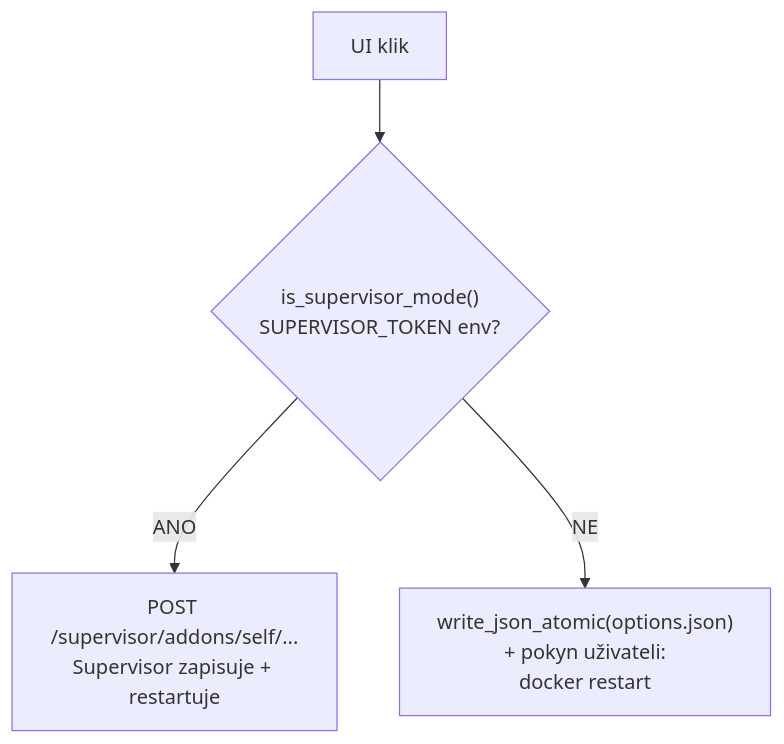
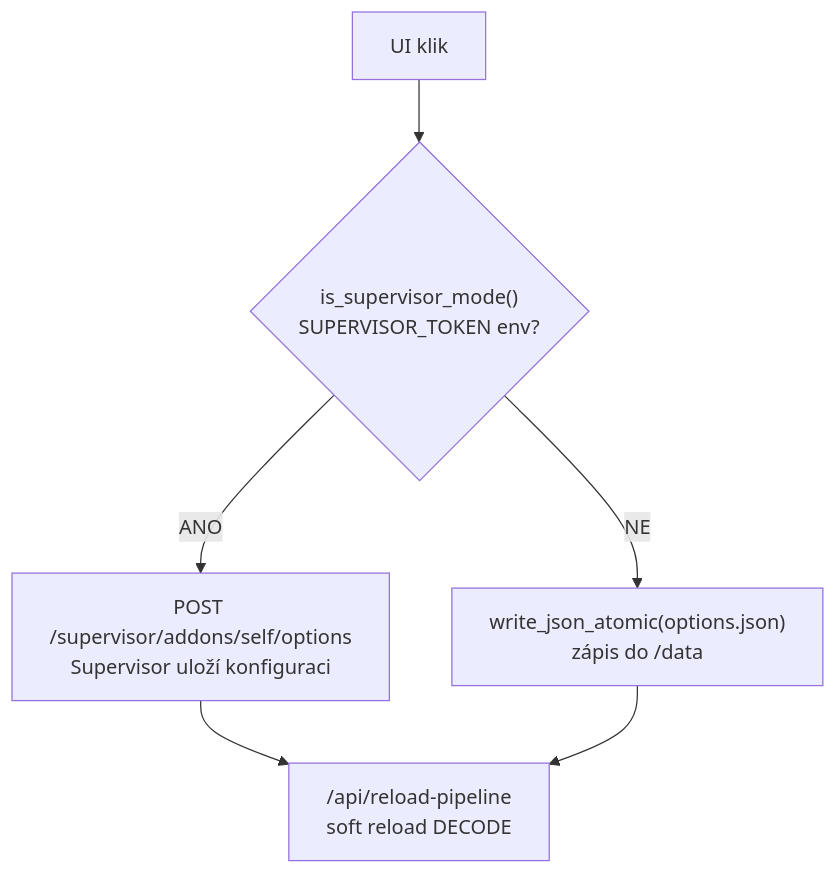
One commit to Kustonium/homeassistant-wmbus-mqtt-bridge-dev changed the sixth of 7 diagrams in docs/README.cs.md. Above: the diagram before and after it, drawn with Mermaid. The commit also changed other lines of this file and 6 other files, not shown here.

````diff
--- a/docs/README.cs.md
+++ b/docs/README.cs.md
@@ -674,6 +666,8 @@
 ```mermaid
 flowchart TD
   A["UI klik"] --> B{"is_supervisor_mode()<br/>SUPERVISOR_TOKEN env?"}
-  B -- "ANO" --> C["POST /supervisor/addons/self/...<br/>Supervisor zapisuje + restartuje"]
-  B -- "NE" --> D["write_json_atomic(options.json)<br/>+ pokyn uživateli:<br/>docker restart"]
+  B -- "ANO" --> C["POST /supervisor/addons/self/options<br/>Supervisor uloží konfiguraci"]
+  B -- "NE" --> D["write_json_atomic(options.json)<br/>zápis do /data"]
+  C --> E["/api/reload-pipeline<br/>soft reload DECODE"]
+  D --> E
 ```
````
